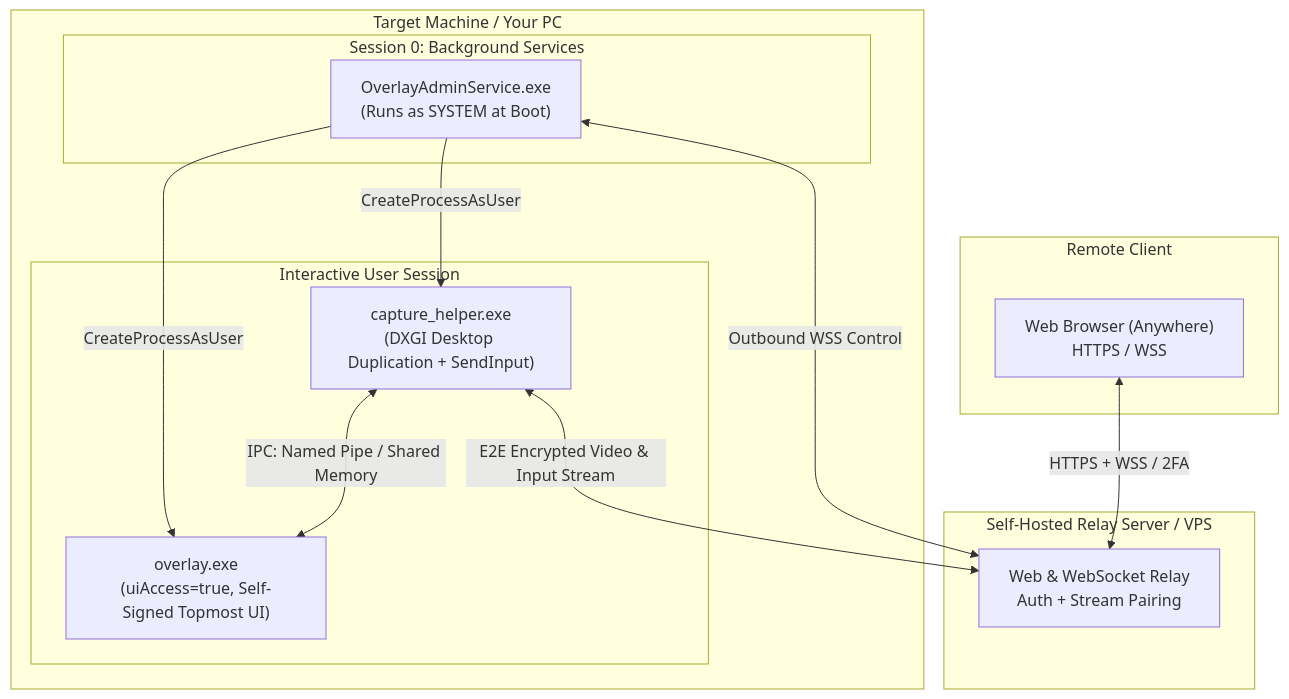
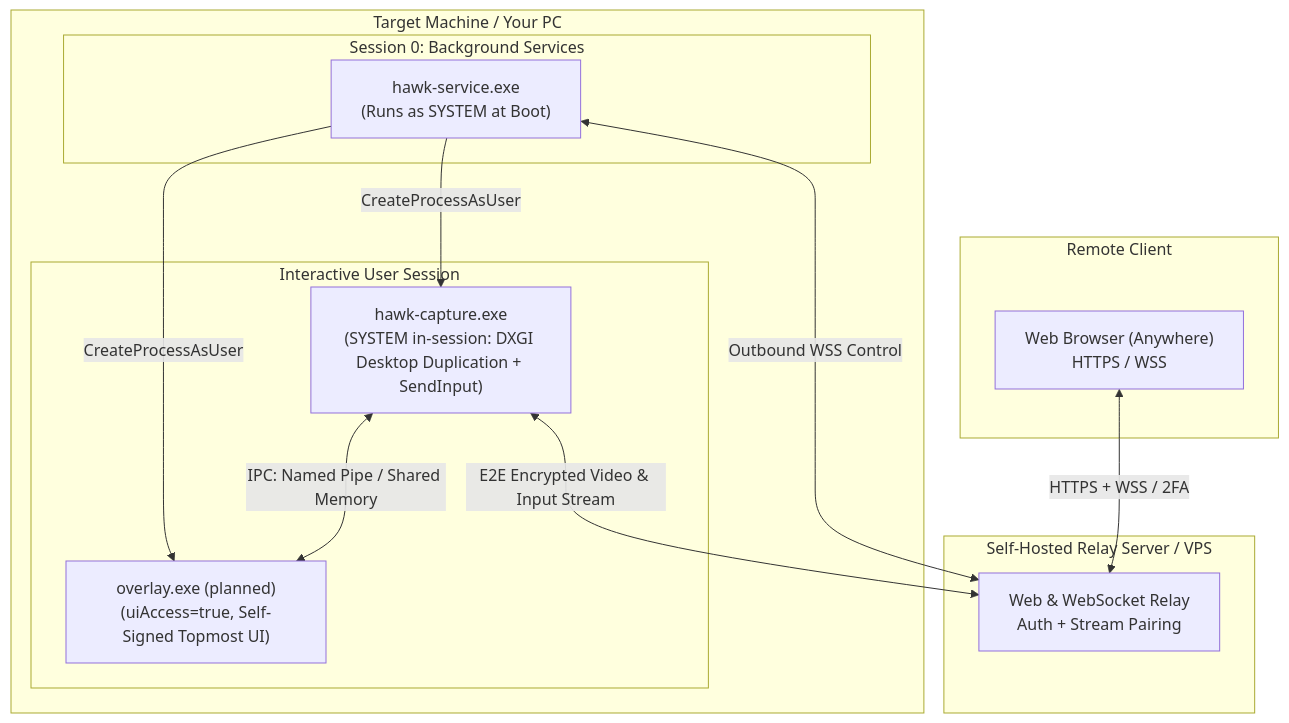
One commit to majvax/hawk changed the diagram in README.md. Above: the diagram before and after it, drawn with Mermaid. The commit also changed other lines of this file and 92 other files, not shown here.

````diff
--- a/README.md
+++ b/README.md
@@ -14,29 +14,29 @@
 ```mermaid
 flowchart TD
     subgraph RemoteClient [Remote Client]
         Browser["Web Browser (Anywhere)<br/>HTTPS / WSS"]
     end
 
     subgraph RelayHost [Self-Hosted Relay Server / VPS]
         Relay["Web & WebSocket Relay<br/>Auth + Stream Pairing"]
     end
 
     subgraph HostPC [Target Machine / Your PC]
         subgraph Session0 [Session 0: Background Services]
-            Service["OverlayAdminService.exe<br/>(Runs as SYSTEM at Boot)"]
+            Service["hawk-service.exe<br/>(Runs as SYSTEM at Boot)"]
         end
 
         subgraph UserSession [Interactive User Session]
-            Overlay["overlay.exe<br/>(uiAccess=true, Self-Signed Topmost UI)"]
-            Capture["capture_helper.exe<br/>(DXGI Desktop Duplication + SendInput)"]
+            Overlay["overlay.exe (planned)<br/>(uiAccess=true, Self-Signed Topmost UI)"]
+            Capture["hawk-capture.exe<br/>(SYSTEM in-session: DXGI Desktop Duplication + SendInput)"]
         end
     end
 
     %% Connections
     Browser <-->|HTTPS + WSS / 2FA| Relay
     Service <-->|Outbound WSS Control| Relay
     Service -->|CreateProcessAsUser| Overlay
     Service -->|CreateProcessAsUser| Capture
     Capture <-->|IPC: Named Pipe / Shared Memory| Overlay
     Capture <-->|E2E Encrypted Video & Input Stream| Relay
 ```
````
